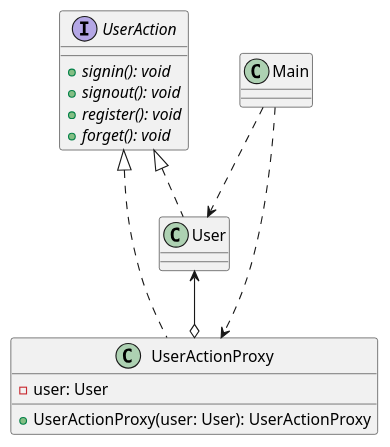
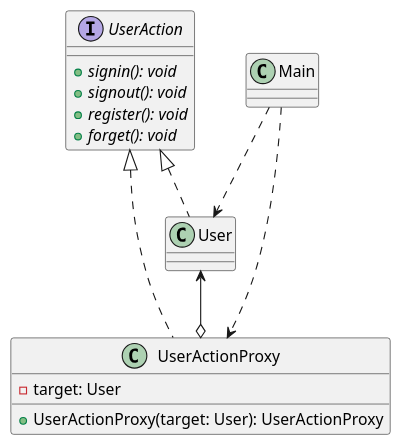
One commit to mskmktsk/design_patterns changed the diagram in src/_2_结构型模式/_7_代理模式_Proxy/_1_静态代理/Static Proxy.puml. Above: the diagram before and after it, drawn with PlantUML.

Commit message:
3.7.1 修改静态代理的 UML 图

```diff
--- a/src/_2_结构型模式/_7_代理模式_Proxy/_1_静态代理/Static Proxy.puml
+++ b/src/_2_结构型模式/_7_代理模式_Proxy/_1_静态代理/Static Proxy.puml
@@ -1,24 +1,24 @@
 @startuml
 
 interface UserAction {
     + {abstract} signin(): void
     + {abstract} signout(): void
     + {abstract} register(): void
     + {abstract} forget(): void
 }
 
 class User implements UserAction
 
 class UserActionProxy implements UserAction {
-    - user: User
-    + UserActionProxy(user: User): UserActionProxy
+    - target: User
+    + UserActionProxy(target: User): UserActionProxy
 }
 
 class Main
 
 User <--o UserActionProxy
 
 Main ..> User
 Main ..> UserActionProxy
 
 @enduml
```
